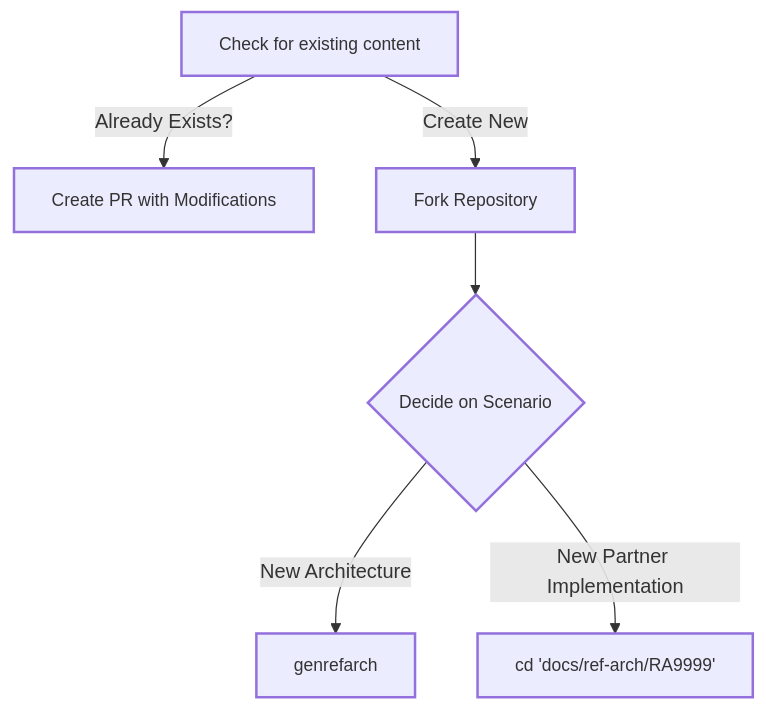
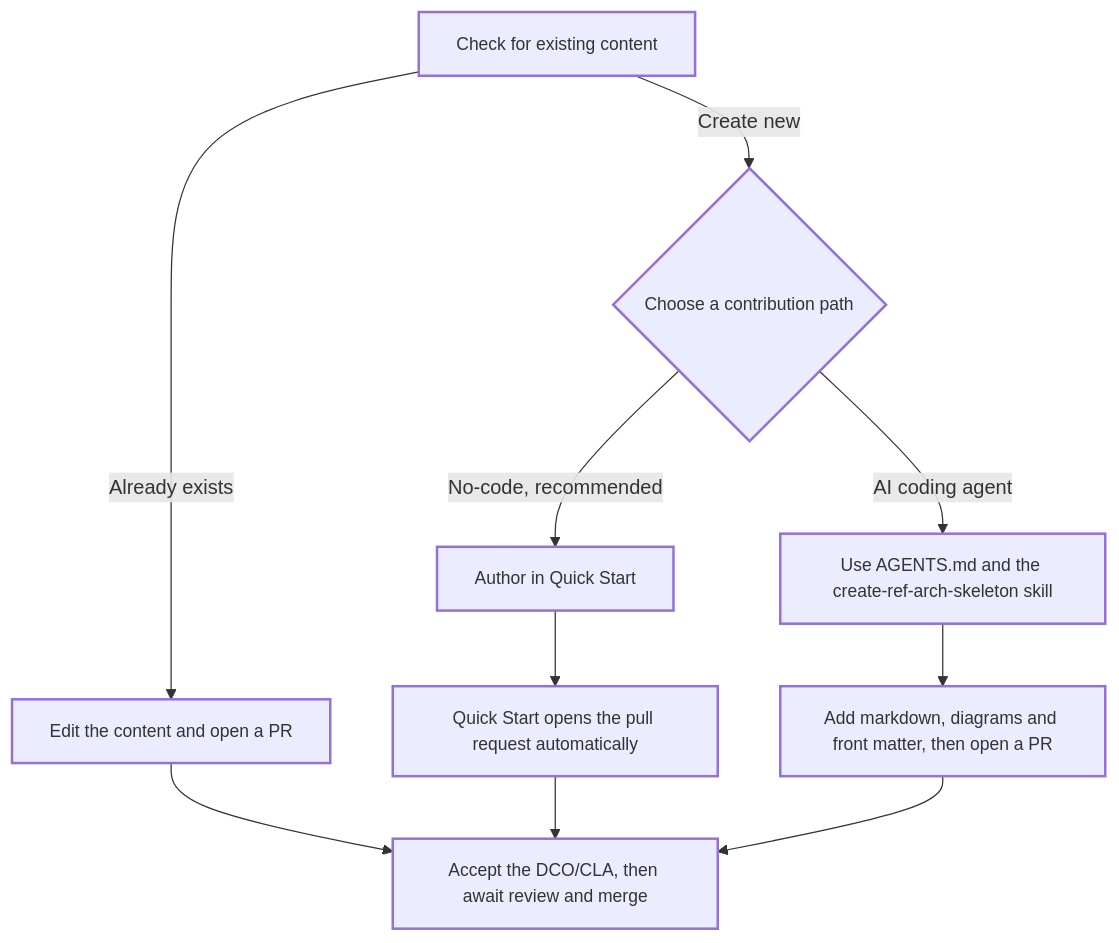
One commit to SAP/architecture-center changed the fifth of 7 diagrams in docs/community/02-Guidelines/06-diagrams.md. Above: the diagram before and after it, drawn with Mermaid. The commit also changed other lines of this file, not shown here.

First line of the commit message:
docs: update diagrams guideline with fixes and refreshed examples

````diff
--- a/docs/community/02-Guidelines/06-diagrams.md
+++ b/docs/community/02-Guidelines/06-diagrams.md
@@ -182,9 +182,13 @@
         ```mermaid
         graph TD
         classDef reduceSize stroke-width:2px,font-size:14px;
-        A[Check for existing content]:::reduceSize -->|Already Exists?| B[Create PR with Modifications]:::reduceSize
-        A:::reduceSize -->|Create New| D[Fork Repository]:::reduceSize
-        D:::reduceSize --> C{Decide on Scenario}:::reduceSize
-        C:::reduceSize -->|New Architecture| E[genrefarch]:::reduceSize
-        C:::reduceSize -->|New Partner Implementation| H[cd 'docs/ref-arch/RA9999']:::reduceSize
+        A[Check for existing content]:::reduceSize -->|Already exists| B[Edit the content and open a PR]:::reduceSize
+        A:::reduceSize -->|Create new| C{Choose a contribution path}:::reduceSize
+        C:::reduceSize -->|No-code, recommended| D[Author in Quick Start]:::reduceSize
+        C:::reduceSize -->|AI coding agent| E[Use AGENTS.md and the create-ref-arch-skeleton skill]:::reduceSize
+        D:::reduceSize --> F[Quick Start opens the pull request automatically]:::reduceSize
+        E:::reduceSize --> G[Add markdown, diagrams and front matter, then open a PR]:::reduceSize
+        B:::reduceSize --> H[Accept the DCO/CLA, then await review and merge]:::reduceSize
+        F:::reduceSize --> H:::reduceSize
+        G:::reduceSize --> H:::reduceSize
         ```
````
